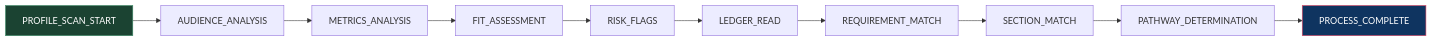
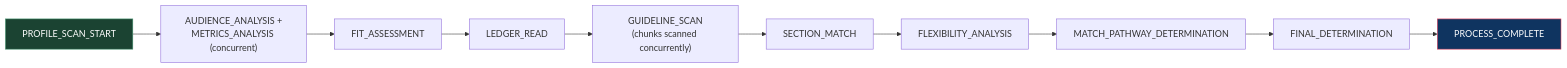
Before and after one commit to divyat2605/creator-collab-coordinator: the seventh of 8 diagrams in README.md, drawn with Mermaid. The commit also changed other lines of this file and 100 other files, not shown here.

````diff
--- a/README.md
+++ b/README.md
@@ -348,10 +394,11 @@
 ```mermaid
 flowchart LR
-    E1[PROFILE_SCAN_START] --> E2[AUDIENCE_ANALYSIS] --> E3[METRICS_ANALYSIS]
-    E3 --> E4[FIT_ASSESSMENT] --> E5[RISK_FLAGS]
-    E5 --> E6[LEDGER_READ] --> E7[REQUIREMENT_MATCH]
-    E7 --> E8[SECTION_MATCH] --> E9[PATHWAY_DETERMINATION] --> E10[PROCESS_COMPLETE]
+    E1[PROFILE_SCAN_START] --> E2["AUDIENCE_ANALYSIS +\nMETRICS_ANALYSIS (concurrent)"]
+    E2 --> E3[FIT_ASSESSMENT] --> E4[LEDGER_READ]
+    E4 --> E5["GUIDELINE_SCAN\n(chunks scanned concurrently)"] --> E6[SECTION_MATCH]
+    E6 --> E7[FLEXIBILITY_ANALYSIS] --> E8[MATCH_PATHWAY_DETERMINATION]
+    E8 --> E9[FINAL_DETERMINATION] --> E10[PROCESS_COMPLETE]
 
     style E1 fill:#1b4332,stroke:#40916c,color:#fff
     style E10 fill:#0f3460,stroke:#e94560,color:#fff
 ```
````
